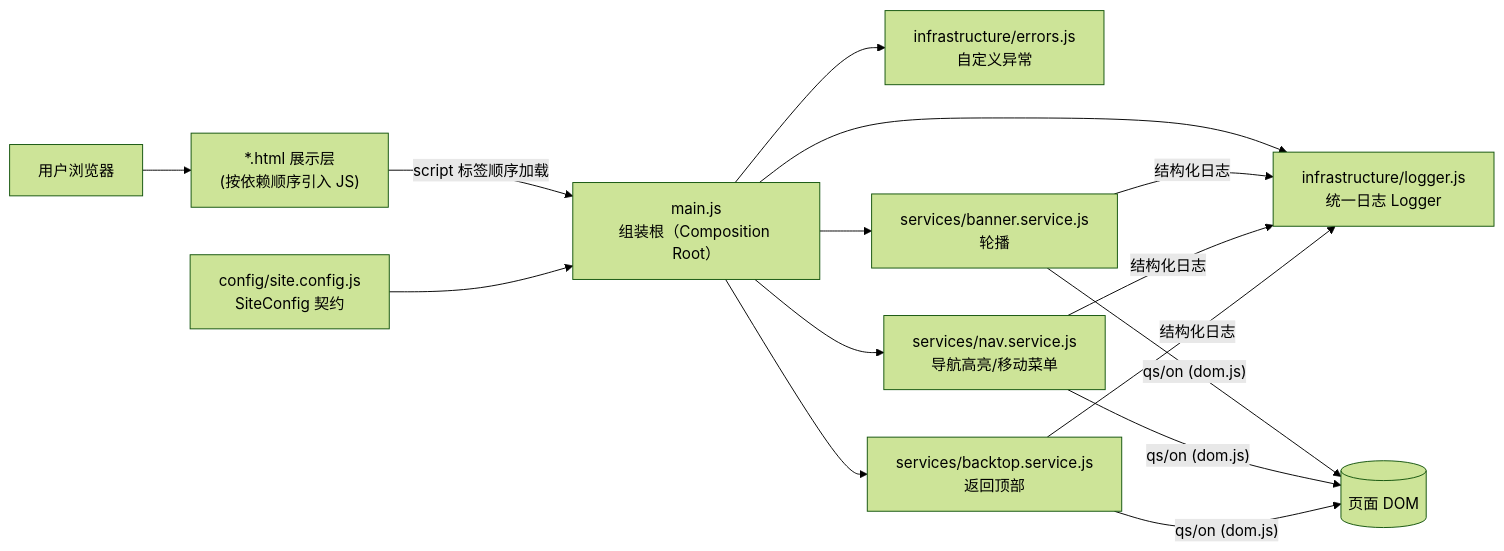
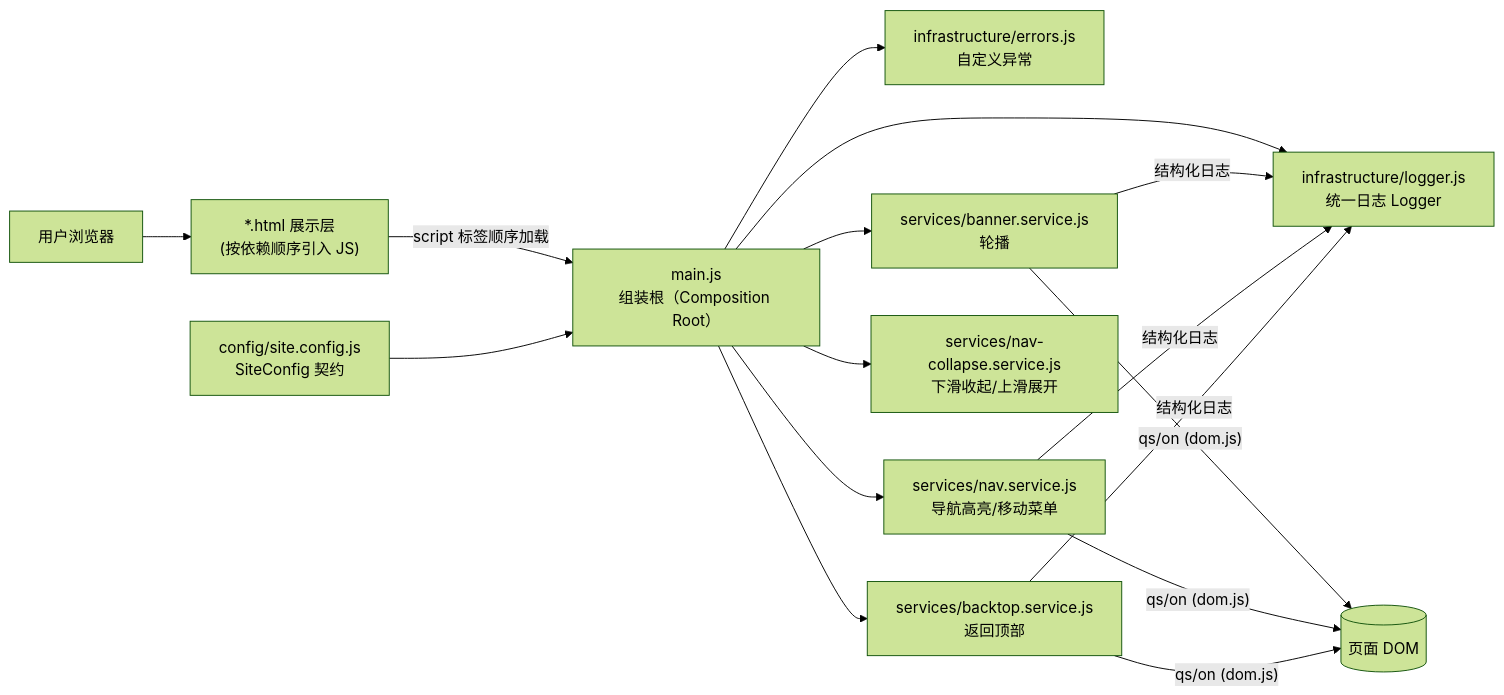
The diagram in docs/PHASE1-架构设计.md (ZMJJKK123-hub/shuimu-college-web), drawn with Mermaid (forest theme) before and after one commit. The commit also changed other lines of this file and 15 other files, not shown here.

````diff
--- a/docs/PHASE1-架构设计.md
+++ b/docs/PHASE1-架构设计.md
@@ -27,13 +27,14 @@
 ```mermaid
 flowchart LR
     U[用户浏览器] --> P["*.html 展示层<br/>(按依赖顺序引入 JS)"]
     P -->|script 标签顺序加载| M["main.js<br/>组装根（Composition Root）"]
     C["config/site.config.js<br/>SiteConfig 契约"] --> M
     M --> L["infrastructure/logger.js<br/>统一日志 Logger"]
     M --> E["infrastructure/errors.js<br/>自定义异常"]
     M --> S1["services/banner.service.js<br/>轮播"]
     M --> S2["services/nav.service.js<br/>导航高亮/移动菜单"]
+    M --> S4["services/nav-collapse.service.js<br/>下滑收起/上滑展开"]
     M --> S3["services/backtop.service.js<br/>返回顶部"]
     S1 & S2 & S3 -->|"qs/on (dom.js)"| DOM[(页面 DOM)]
     S1 & S2 & S3 -->|结构化日志| L
 ```
````
